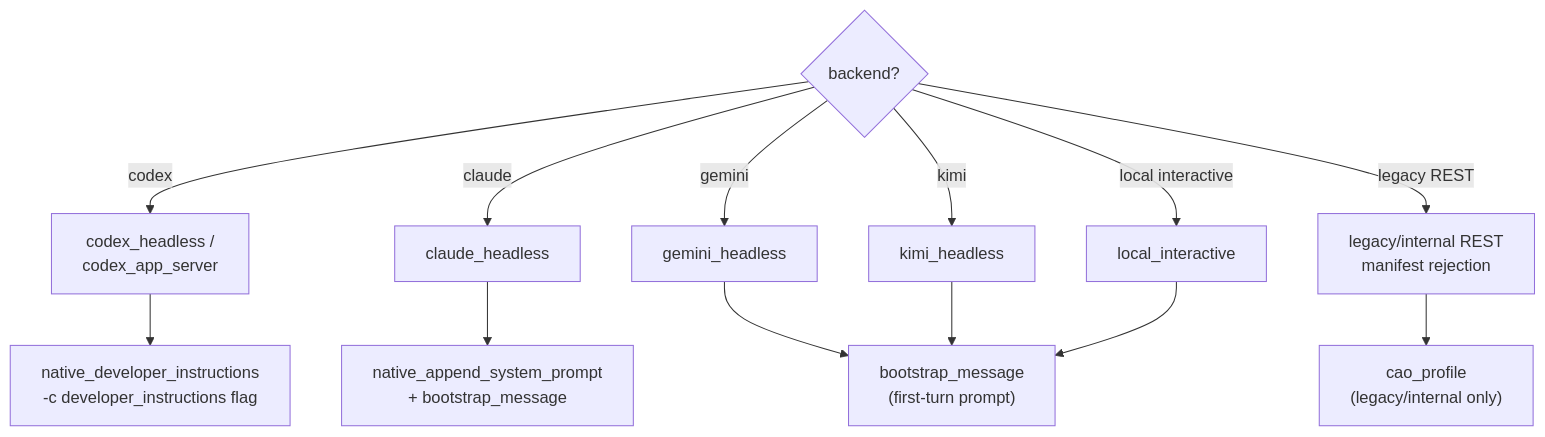
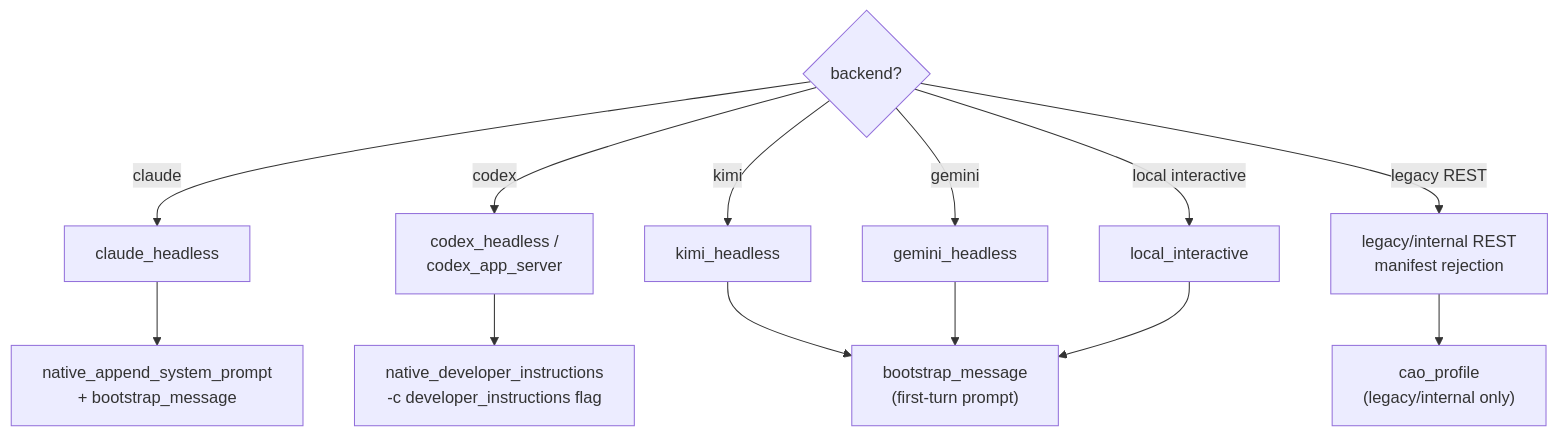
Before and after one commit to igamenovoer/houmao: the diagram in docs/reference/run-phase/role-injection.md, drawn with Mermaid. The commit also changed other lines of this file and 93 other files, not shown here.

````diff
--- a/docs/reference/run-phase/role-injection.md
+++ b/docs/reference/run-phase/role-injection.md
@@ -7,23 +7,23 @@
 ```mermaid
 flowchart TD
     BE{backend?}
 
+    CL["claude_headless"]
     CX["codex_headless /<br/>codex_app_server"]
-    CL["claude_headless"]
+    KM["kimi_headless"]
     GM["gemini_headless"]
-    KM["kimi_headless"]
     LI["local_interactive"]
     LEG["legacy/internal REST<br/>manifest rejection"]
 
     NDI["native_developer_instructions<br/>-c developer_instructions flag"]
     NAS["native_append_system_prompt<br/>+ bootstrap_message"]
     BM["bootstrap_message<br/>(first-turn prompt)"]
     PB["cao_profile<br/>(legacy/internal only)"]
 
+    BE -->|claude| CL --> NAS
     BE -->|codex| CX --> NDI
-    BE -->|claude| CL --> NAS
+    BE -->|kimi| KM --> BM
     BE -->|gemini| GM --> BM
-    BE -->|kimi| KM --> BM
     BE -->|local interactive| LI --> BM
     BE -->|legacy REST| LEG --> PB
 ```
````
